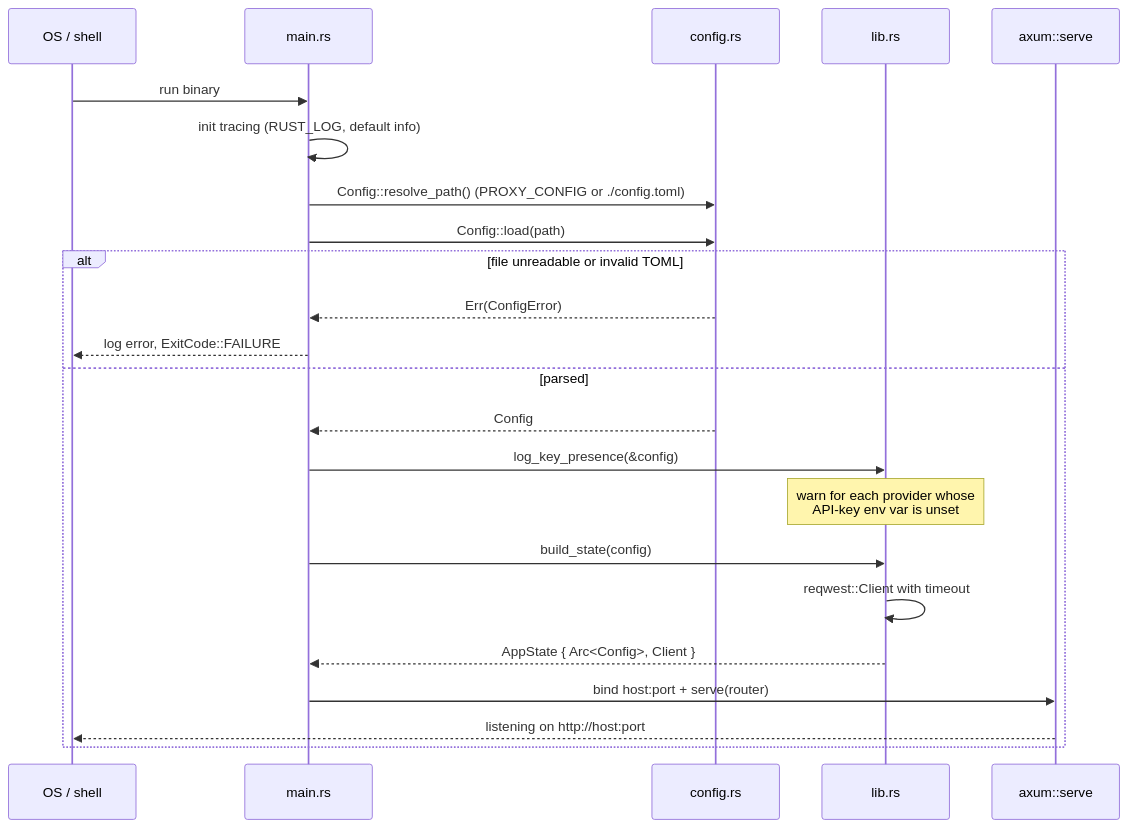
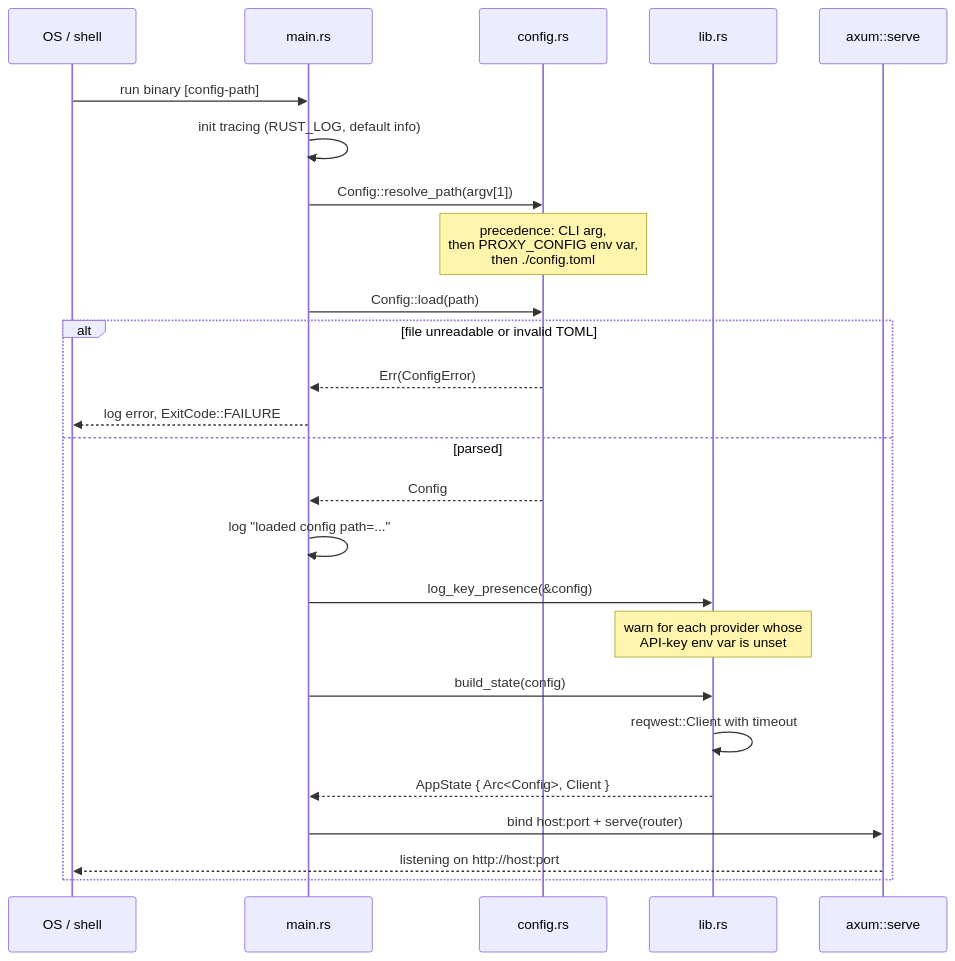
One commit to cyb5r67/Claude-Code-Multi-Provider-in-Rust changed the third of 8 diagrams in docs/ARCHITECTURE.md. Above: the diagram before and after it, drawn with Mermaid. The commit also changed other lines of this file and 2 other files, not shown here.

````diff
--- a/docs/ARCHITECTURE.md
+++ b/docs/ARCHITECTURE.md
@@ -72,26 +72,28 @@
 ```mermaid
 sequenceDiagram
     participant OS as OS / shell
     participant Main as main.rs
     participant Cfg as config.rs
     participant Lib as lib.rs
     participant Axum as axum::serve
 
-    OS->>Main: run binary
+    OS->>Main: run binary [config-path]
     Main->>Main: init tracing (RUST_LOG, default info)
-    Main->>Cfg: Config::resolve_path() (PROXY_CONFIG or ./config.toml)
+    Main->>Cfg: Config::resolve_path(argv[1])
+    Note over Cfg: precedence: CLI arg,<br/>then PROXY_CONFIG env var,<br/>then ./config.toml
     Main->>Cfg: Config::load(path)
     alt file unreadable or invalid TOML
         Cfg-->>Main: Err(ConfigError)
         Main-->>OS: log error, ExitCode::FAILURE
     else parsed
         Cfg-->>Main: Config
+        Main->>Main: log "loaded config path=..."
         Main->>Lib: log_key_presence(&config)
         Note over Lib: warn for each provider whose<br/>API-key env var is unset
         Main->>Lib: build_state(config)
         Lib->>Lib: reqwest::Client with timeout
         Lib-->>Main: AppState { Arc<Config>, Client }
         Main->>Axum: bind host:port + serve(router)
         Axum-->>OS: listening on http://host:port
     end
 ```
````
